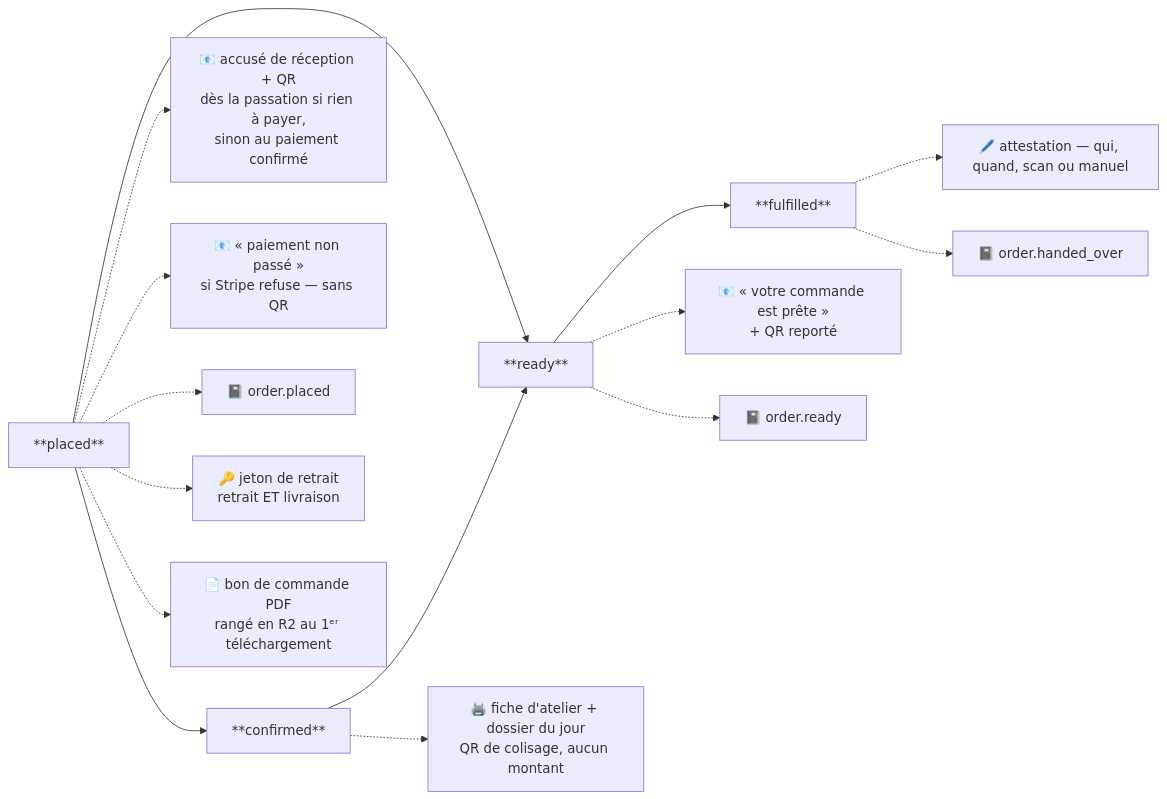
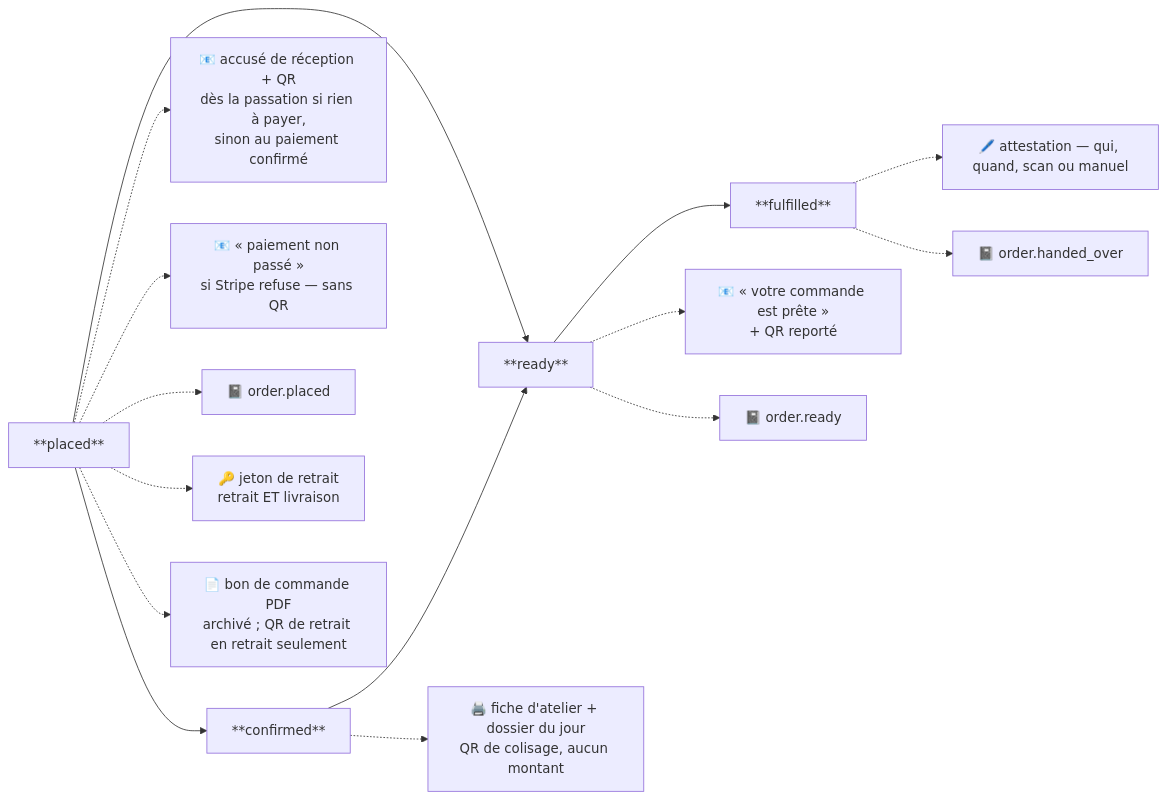
One commit to hugoheynard/lfd changed the third of 4 diagrams in documentation/order/architecture-cycle-de-vie-commande.md. Above: the diagram before and after it, drawn with Mermaid. The commit also changed other lines of this file and 1 other file, not shown here.

First line of the commit message:
docs(commande): les deux documents de référence disent ce que le code fait

````diff
--- a/documentation/order/architecture-cycle-de-vie-commande.md
+++ b/documentation/order/architecture-cycle-de-vie-commande.md
@@ -130,21 +140,21 @@
 ```mermaid
 flowchart LR
   P["**placed**"] --> C["**confirmed**"]
   C --> R["**ready**"]
   P --> R
   R --> F["**fulfilled**"]
 
   P -.-> Pm["📧 accusé de réception + QR<br/>dès la passation si rien à payer,<br/>sinon au paiement confirmé"]
   P -.-> Pf["📧 « paiement non passé »<br/>si Stripe refuse — sans QR"]
   P -.-> Pj["📓 order.placed"]
   P -.-> Pt["🔑 jeton de retrait<br/>retrait ET livraison"]
-  P -.-> Pd["📄 bon de commande PDF<br/>rangé en R2 au 1ᵉʳ téléchargement"]
+  P -.-> Pd["📄 bon de commande PDF<br/>archivé ; QR de retrait en retrait seulement"]
 
   C -.-> Cf["🖨️ fiche d'atelier + dossier du jour<br/>QR de colisage, aucun montant"]
 
   R -.-> Rm["📧 « votre commande est prête »<br/>+ QR reporté"]
   R -.-> Rj["📓 order.ready"]
 
   F -.-> Fa["🖊️ attestation — qui, quand, scan ou manuel"]
   F -.-> Fj["📓 order.handed_over"]
 ```
````
